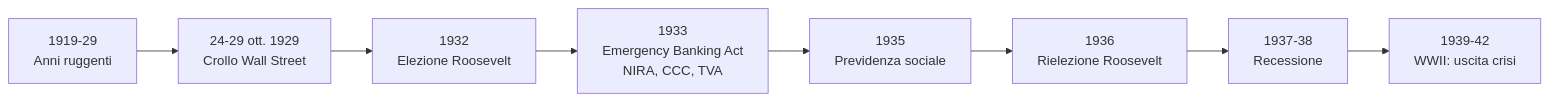
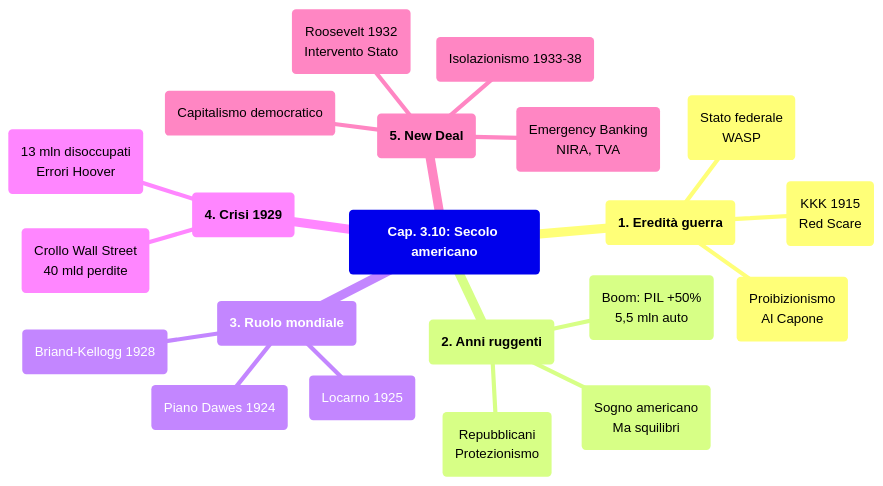
The sixth of 6 diagrams in storia/materiale/studio/capitolo_3.10_ripasso.md (riccardo-algorime/appunti-5Bsa), drawn with Mermaid before and after one commit. The commit also changed other lines of this file and 5 other files, not shown here.

````diff
--- a/storia/materiale/studio/capitolo_3.10_ripasso.md
+++ b/storia/materiale/studio/capitolo_3.10_ripasso.md
@@ -303,10 +245,24 @@
 ```mermaid
-flowchart LR
-    A["1919-29<br/>Anni ruggenti"] --> B["24-29 ott. 1929<br/>Crollo Wall Street"]
-    B --> C["1932<br/>Elezione Roosevelt"]
-    C --> D["1933<br/>Emergency Banking Act<br/>NIRA, CCC, TVA"]
-    D --> E["1935<br/>Previdenza sociale"]
-    E --> F["1936<br/>Rielezione Roosevelt"]
-    F --> G["1937-38<br/>Recessione"]
-    G --> H["1939-42<br/>WWII: uscita crisi"]
+mindmap
+  root("**Cap. 3.10: Secolo americano**")
+    ("**1. Eredità guerra**")
+      ("Stato federale<br/>WASP")
+      ("KKK 1915<br/>Red Scare")
+      ("Proibizionismo<br/>Al Capone")
+    ("**2. Anni ruggenti**")
+      ("Repubblicani<br/>Protezionismo")
+      ("Boom: PIL +50%<br/>5,5 mln auto")
+      ("Sogno americano<br/>Ma squilibri")
+    ("**3. Ruolo mondiale**")
+      ("Piano Dawes 1924")
+      ("Locarno 1925")
+      ("Briand-Kellogg 1928")
+    ("**4. Crisi 1929**")
+      ("Crollo Wall Street<br/>40 mld perdite")
+      ("13 mln disoccupati<br/>Errori Hoover")
+    ("**5. New Deal**")
+      ("Roosevelt 1932<br/>Intervento Stato")
+      ("Emergency Banking<br/>NIRA, TVA")
+      ("Capitalismo democratico")
+      ("Isolazionismo 1933-38")
 ```
````
